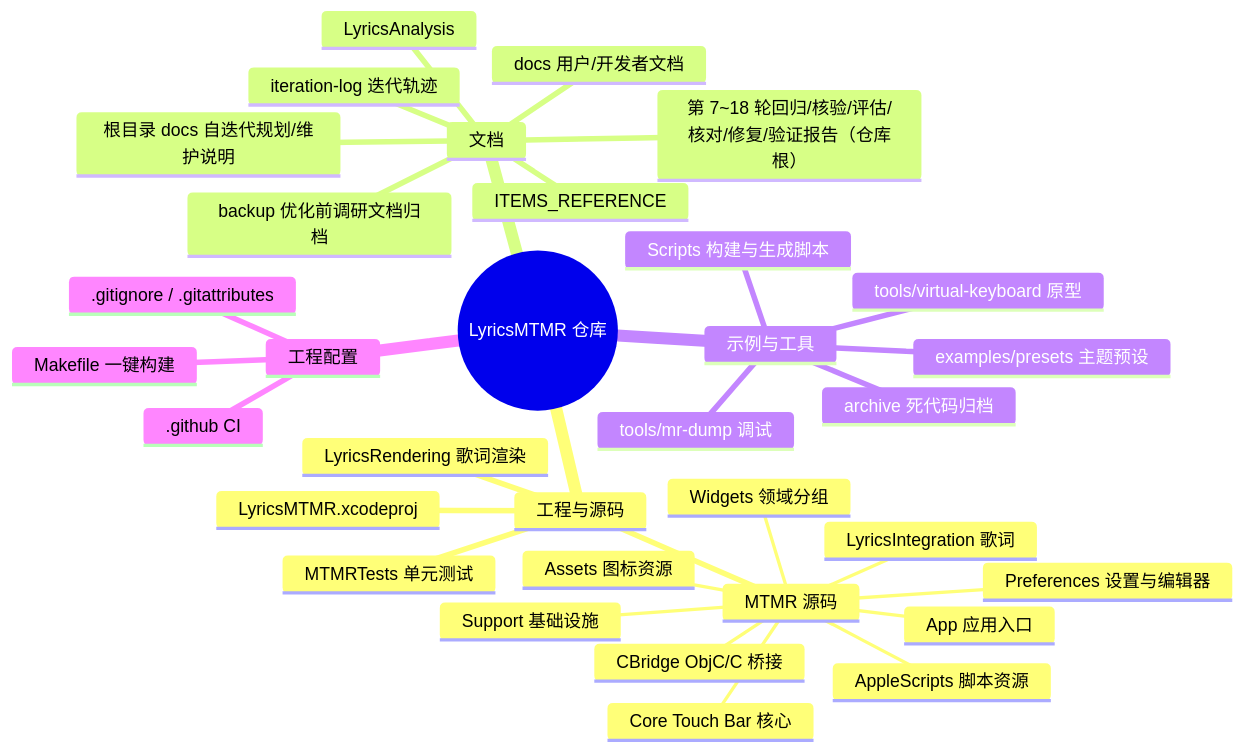
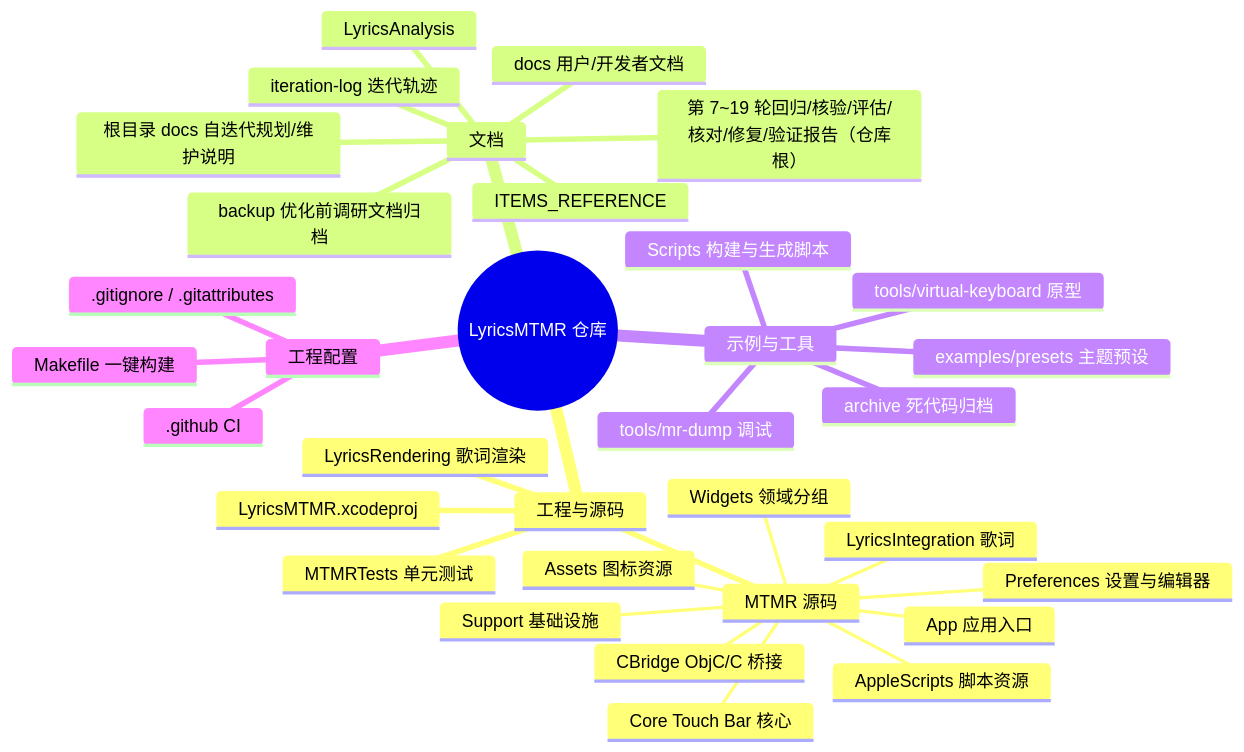
The first of 2 diagrams in LyricsMTMR/docs/file-structure.zh.md (Tangzishun-Li/LyricsMTMR), drawn with Mermaid before and after one commit. The commit also changed other lines of this file and 3 other files, not shown here.

````diff
--- a/LyricsMTMR/docs/file-structure.zh.md
+++ b/LyricsMTMR/docs/file-structure.zh.md
@@ -10,36 +10,36 @@
 ```mermaid
 mindmap
   root((LyricsMTMR 仓库))
     工程与源码
       LyricsMTMR.xcodeproj
       MTMR 源码
         App 应用入口
         Core Touch Bar 核心
         Support 基础设施
         Widgets 领域分组
         Preferences 设置与编辑器
         LyricsIntegration 歌词
         CBridge ObjC/C 桥接
         AppleScripts 脚本资源
         Assets 图标资源
       LyricsRendering 歌词渲染
       MTMRTests 单元测试
     文档
       docs 用户/开发者文档
       ITEMS_REFERENCE
       LyricsAnalysis
       backup 优化前调研文档归档
       iteration-log 迭代轨迹
       根目录 docs 自迭代规划/维护说明
-      第 7~18 轮回归/核验/评估/核对/修复/验证报告（仓库根）
+      第 7~19 轮回归/核验/评估/核对/修复/验证报告（仓库根）
     示例与工具
       examples/presets 主题预设
       tools/mr-dump 调试
       tools/virtual-keyboard 原型
       Scripts 构建与生成脚本
       archive 死代码归档
     工程配置
       .github CI
       .gitignore / .gitattributes
       Makefile 一键构建
 ```
````
